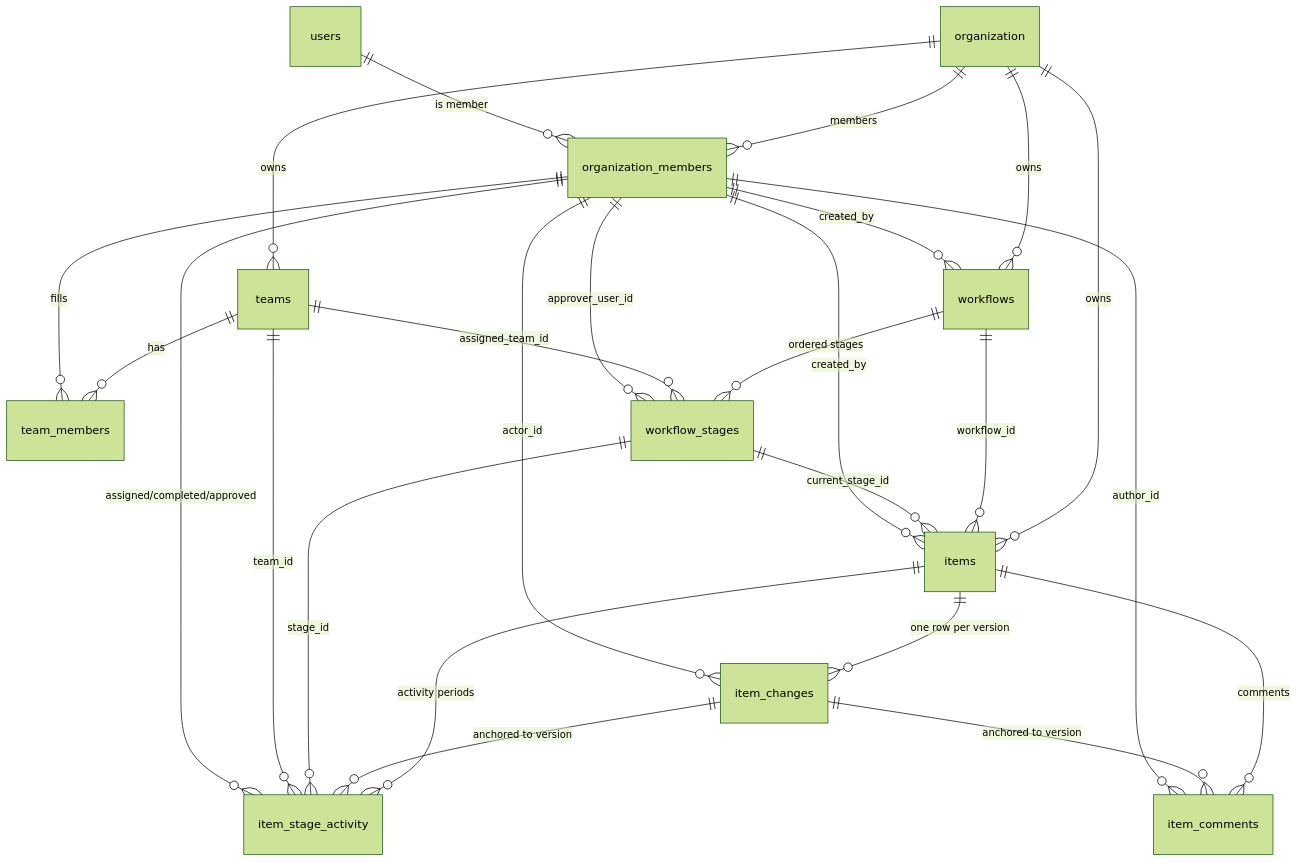
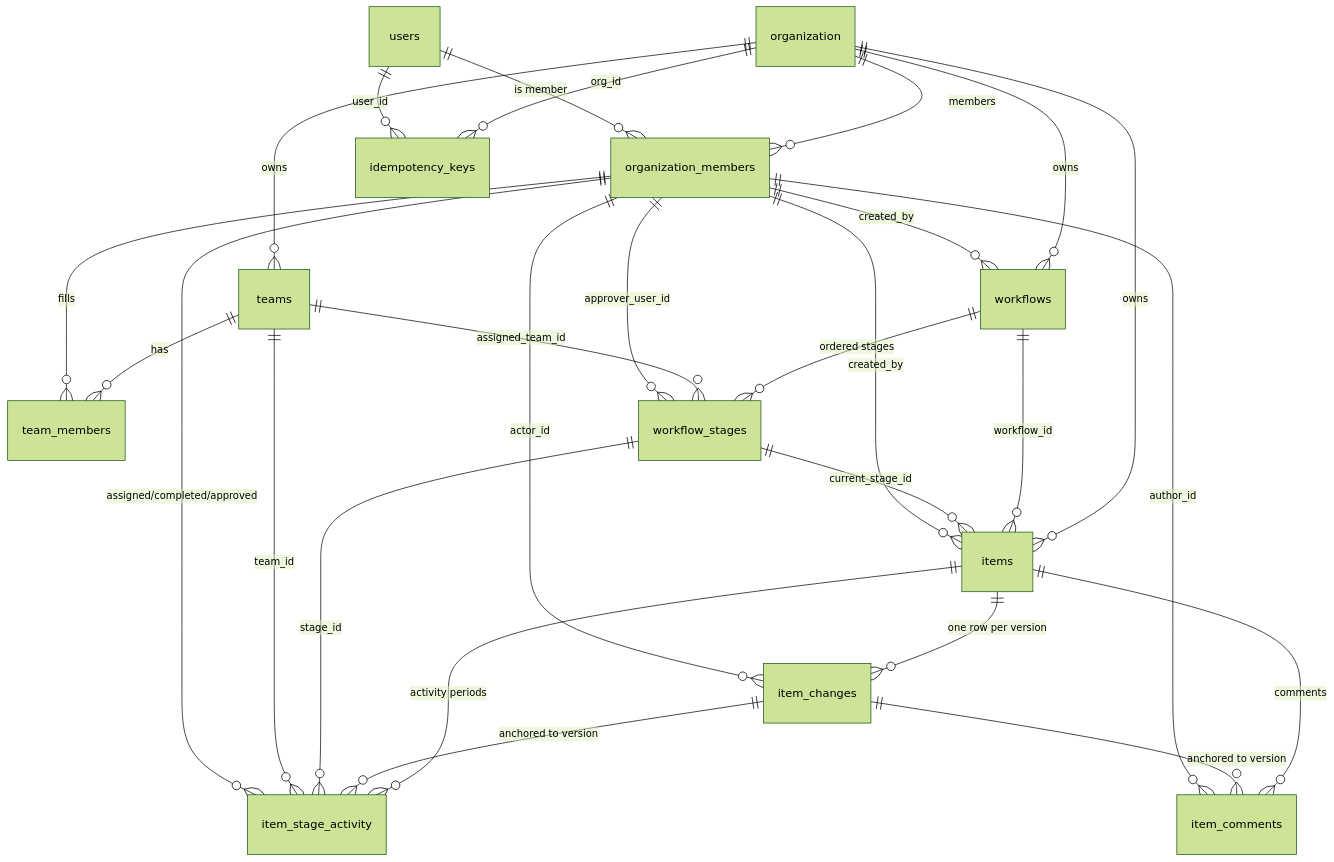
One commit to krakos-afk/ScaleOfCoherence changed the third of 4 diagrams in DEPENDENCY_MAP.md. Above: the diagram before and after it, drawn with Mermaid (forest theme). The commit also changed other lines of this file and 16 other files, not shown here.

````diff
--- a/DEPENDENCY_MAP.md
+++ b/DEPENDENCY_MAP.md
@@ -137,27 +143,29 @@
 ```mermaid
 erDiagram
     organization ||--o{ organization_members : "members"
     users ||--o{ organization_members : "is member"
     organization ||--o{ teams : "owns"
     teams ||--o{ team_members : "has"
     organization_members ||--o{ team_members : "fills"
     organization ||--o{ workflows : "owns"
     organization_members ||--o{ workflows : "created_by"
     workflows ||--o{ workflow_stages : "ordered stages"
     teams ||--o{ workflow_stages : "assigned_team_id"
     organization_members ||--o{ workflow_stages : "approver_user_id"
     organization ||--o{ items : "owns"
     workflows ||--o{ items : "workflow_id"
     workflow_stages ||--o{ items : "current_stage_id"
     organization_members ||--o{ items : "created_by"
     items ||--o{ item_changes : "one row per version"
     organization_members ||--o{ item_changes : "actor_id"
     items ||--o{ item_stage_activity : "activity periods"
     item_changes ||--o{ item_stage_activity : "anchored to version"
     workflow_stages ||--o{ item_stage_activity : "stage_id"
     teams ||--o{ item_stage_activity : "team_id"
     organization_members ||--o{ item_stage_activity : "assigned/completed/approved"
     items ||--o{ item_comments : "comments"
     item_changes ||--o{ item_comments : "anchored to version"
     organization_members ||--o{ item_comments : "author_id"
+    organization ||--o{ idempotency_keys : "org_id"
+    users ||--o{ idempotency_keys : "user_id"
 ```
````
